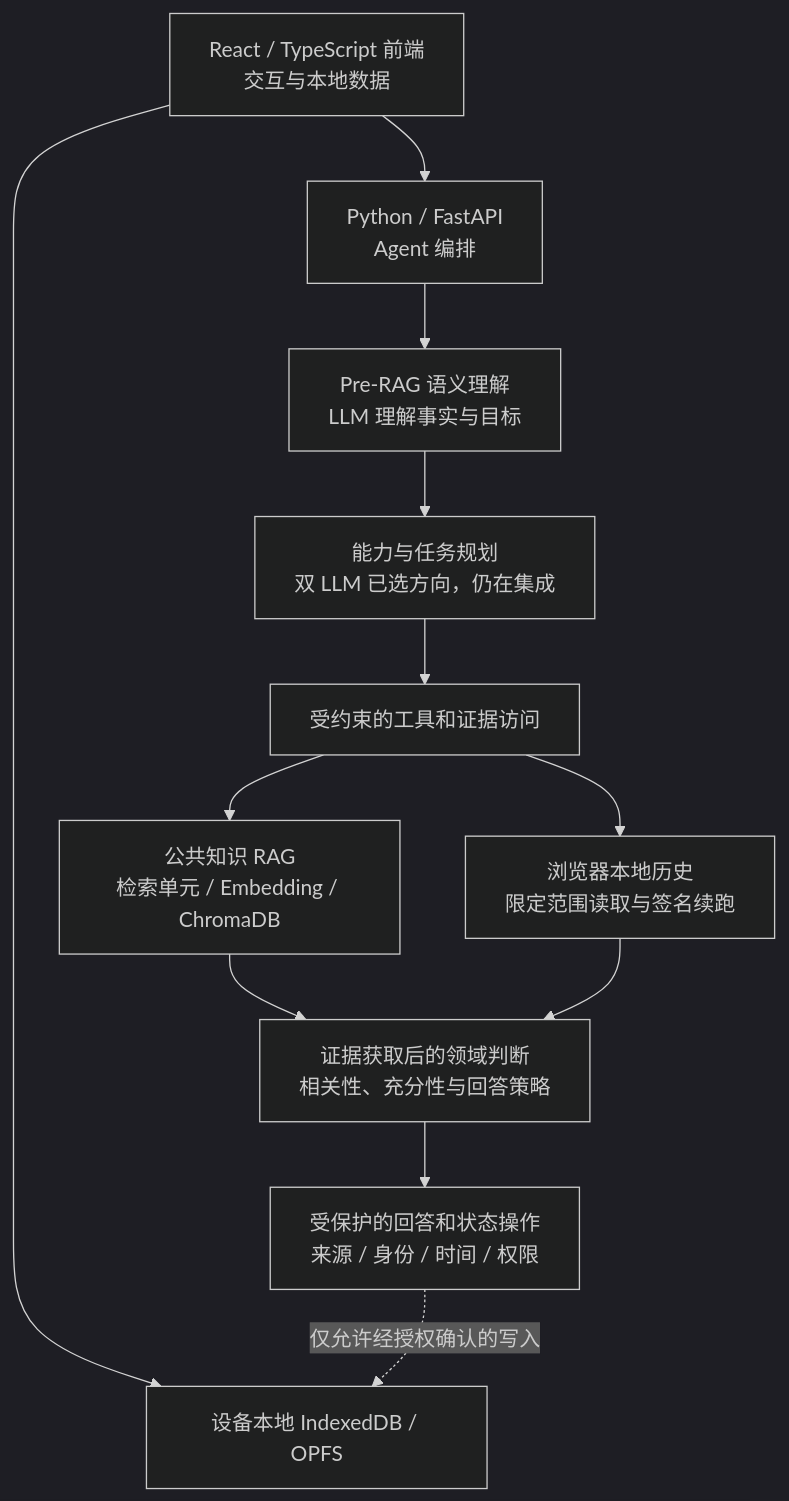
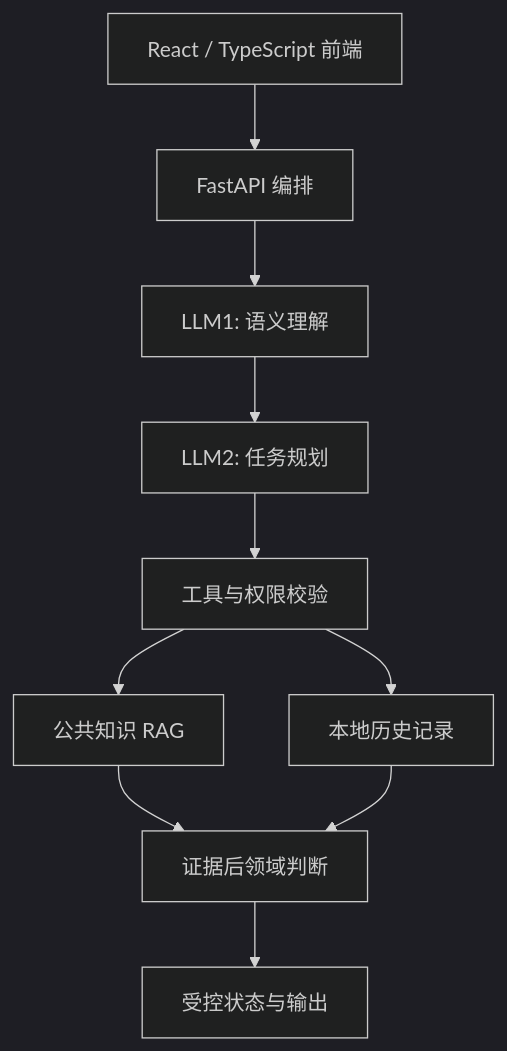
One commit to Yang2310/rabbit-care-ai-assistant changed the diagram in README.zh-CN.md. Above: the diagram before and after it, drawn with Mermaid (dark theme). The commit also changed 3 other files, not shown here.

Commit message:
docs(portfolio): simplify Mermaid node labels for GitHub rendering (EN/ZH)

````diff
--- a/README.zh-CN.md
+++ b/README.zh-CN.md
@@ -23,14 +23,12 @@
 ```mermaid
 flowchart TD
-    UI["React / TypeScript 前端<br/>交互与本地数据"] --> API["Python / FastAPI<br/>Agent 编排"]
-    API --> L1["Pre-RAG 语义理解<br/>LLM 理解事实与目标"]
-    L1 --> L2["能力与任务规划<br/>双 LLM 已选方向，仍在集成"]
-    L2 --> TOOLS["受约束的工具和证据访问"]
-    TOOLS --> PUB["公共知识 RAG<br/>检索单元 / Embedding / ChromaDB"]
-    TOOLS --> PRIV["浏览器本地历史<br/>限定范围读取与签名续跑"]
-    PUB --> S3["证据获取后的领域判断<br/>相关性、充分性与回答策略"]
-    PRIV --> S3
-    S3 --> GUARD["受保护的回答和状态操作<br/>来源 / 身份 / 时间 / 权限"]
-    UI --> STORE["设备本地 IndexedDB / OPFS"]
-    GUARD -. "仅允许经授权确认的写入" .-> STORE
+    UI["React / TypeScript 前端"] --> API["FastAPI 编排"]
+    API --> L1["LLM1: 语义理解"]
+    L1 --> L2["LLM2: 任务规划"]
+    L2 --> GATE["工具与权限校验"]
+    GATE --> RAG["公共知识 RAG"]
+    GATE --> HIST["本地历史记录"]
+    RAG --> S3["证据后领域判断"]
+    HIST --> S3
+    S3 --> CORE["受控状态与输出"]
 ```
````
